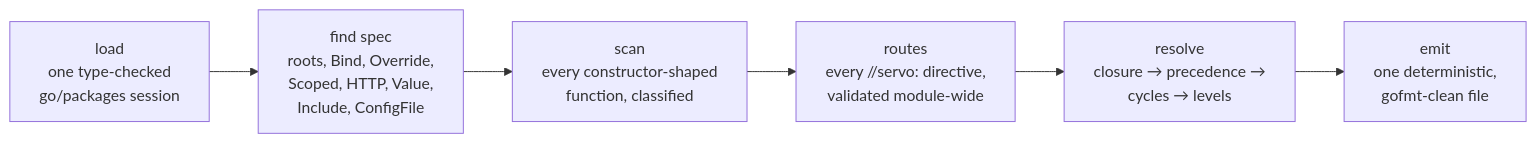
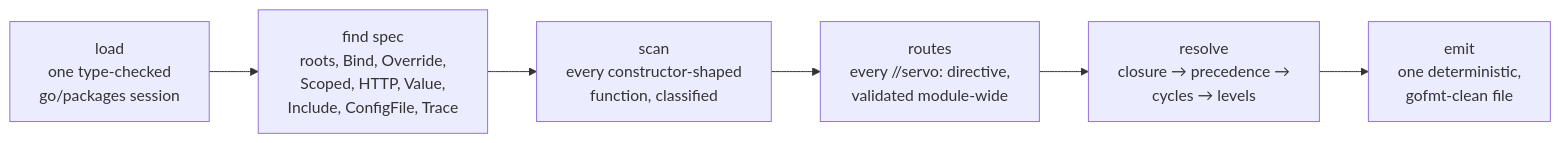
The first of 2 diagrams in docs/index.md (okian/servo), drawn with Mermaid before and after one commit. The commit also changed other lines of this file and 322 other files, not shown here.

````diff
--- a/docs/index.md
+++ b/docs/index.md
@@ -7,11 +7,11 @@
 ```mermaid
 flowchart LR
     L["load<br/>one type-checked<br/>go/packages session"]
-    F["find spec<br/>roots, Bind, Override,<br/>Scoped, HTTP, Value,<br/>Include, ConfigFile"]
+    F["find spec<br/>roots, Bind, Override,<br/>Scoped, HTTP, Value,<br/>Include, ConfigFile, Trace"]
     S["scan<br/>every constructor-shaped<br/>function, classified"]
     RT["routes<br/>every //servo: directive,<br/>validated module-wide"]
     R["resolve<br/>closure → precedence →<br/>cycles → levels"]
     E["emit<br/>one deterministic,<br/>gofmt-clean file"]
 
     L --> F --> S --> RT --> R --> E
 ```
````
